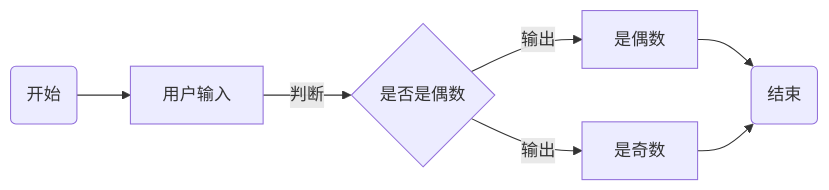
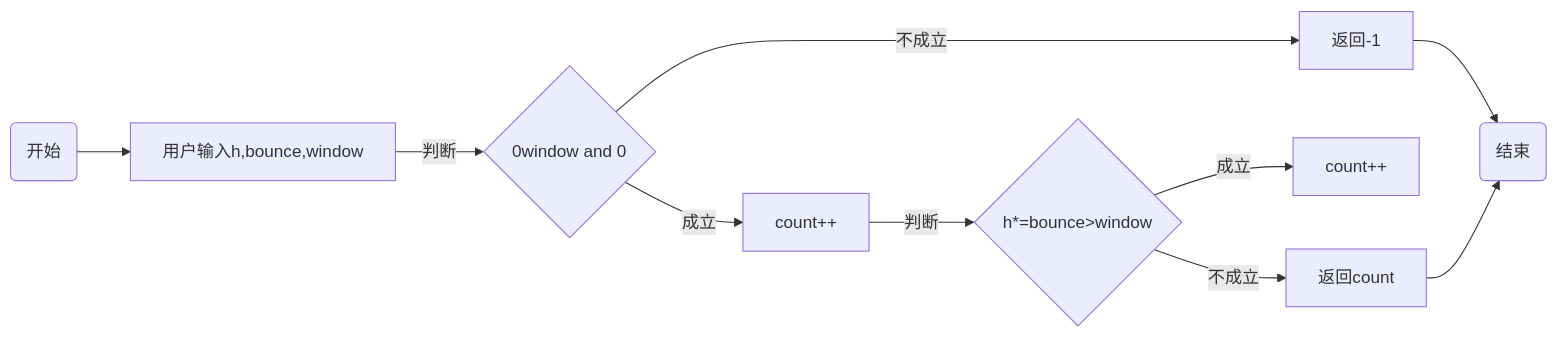
The diagram in experiment2.md (ijefie/gittt), drawn with Mermaid before and after one commit. The commit also changed other lines of this file, not shown here.

Commit message:
改

````diff
--- a/experiment2.md
+++ b/experiment2.md
@@ -80,10 +82,13 @@
 ```mermaid
 flowchart  LR
-Start(开始) --> Scanf[用户输入]
-    Scanf --> |判断|If{是否是偶数}
-If --> |输出|ou[是偶数]
-If --> |输出|ji[是奇数]
+Start(开始) --> Scanf[用户输入h,bounce,window]
+    Scanf --> |判断|If{0<h and h>window and 0<bounce<1}
+If --> |不成立|ou[返回-1]
+If --> |成立|ji[count++]
     ou --> End(结束)
-    ji --> End(结束)
+    ji --> |判断|if{h*=bounce>window}
+if --> |成立|k[count++]
+if --> |不成立|h[返回count]
+h --> End(结束)
 
 ```
````
